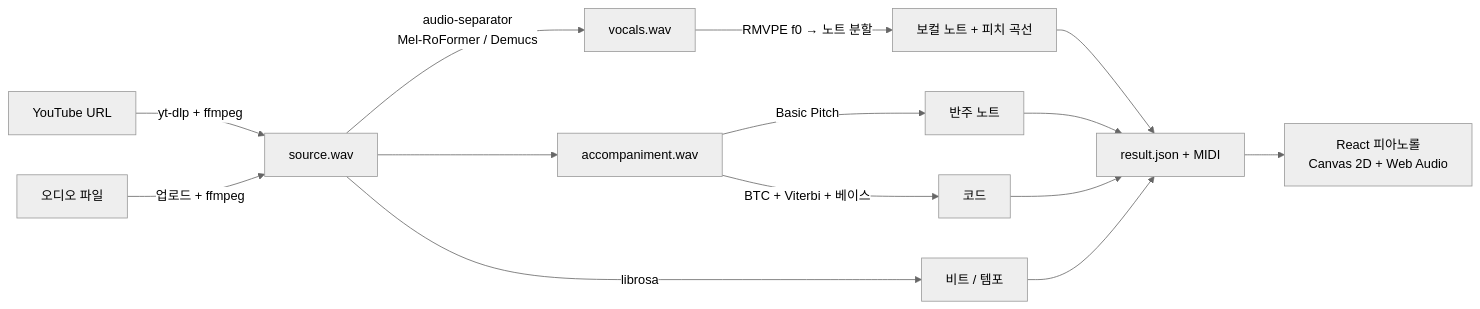
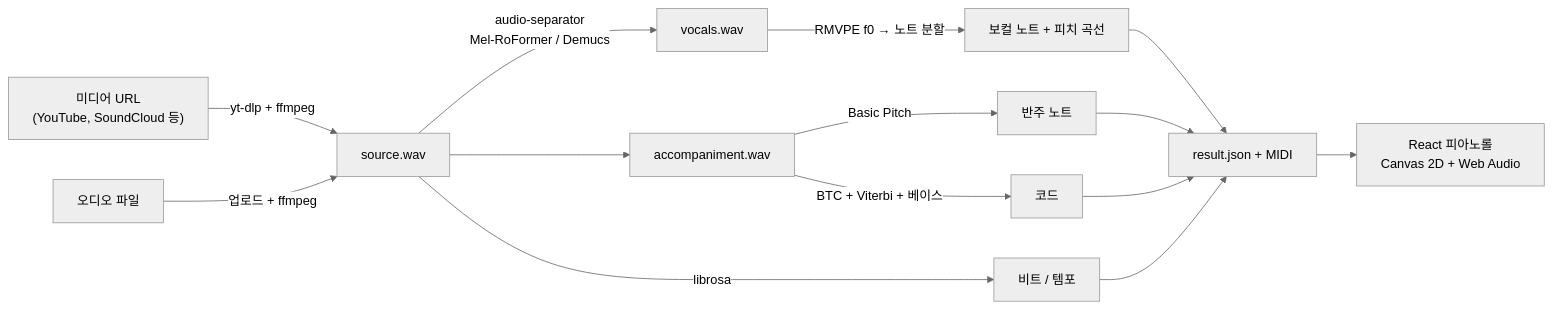
The diagram in README.ko.md (Devleu0/Melody-Chord-Transcriber), drawn with Mermaid (neutral theme) before and after one commit. The commit also changed other lines of this file and 26 other files, not shown here.

First line of the commit message:
Rename to Melody Chord Transcriber and support any yt-dlp source

````diff
--- a/README.ko.md
+++ b/README.ko.md
@@ -43,13 +43,13 @@
 ```mermaid
 flowchart LR
-  A[YouTube URL] -->|yt-dlp + ffmpeg| B[source.wav]
+  A["미디어 URL<br/>(YouTube, SoundCloud 등)"] -->|yt-dlp + ffmpeg| B[source.wav]
   U[오디오 파일] -->|업로드 + ffmpeg| B
   B -->|audio-separator<br/>Mel-RoFormer / Demucs| C[vocals.wav]
   B --> D[accompaniment.wav]
   C -->|RMVPE f0 → 노트 분할| E[보컬 노트 + 피치 곡선]
   D -->|Basic Pitch| F[반주 노트]
   D -->|BTC + Viterbi + 베이스| G[코드]
   B -->|librosa| H[비트 / 템포]
   E & F & G & H --> I[result.json + MIDI]
   I --> J[React 피아노롤<br/>Canvas 2D + Web Audio]
 ```
````
